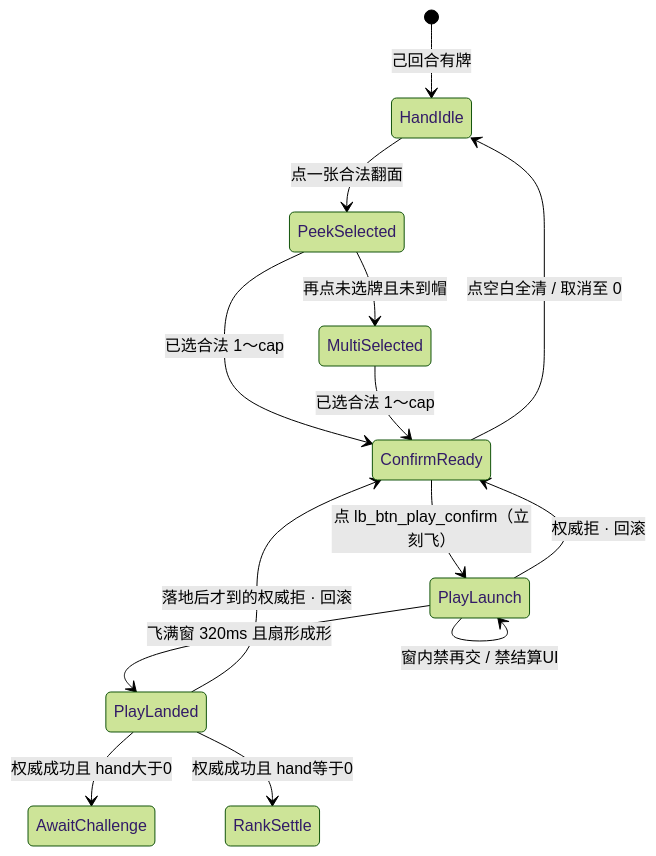
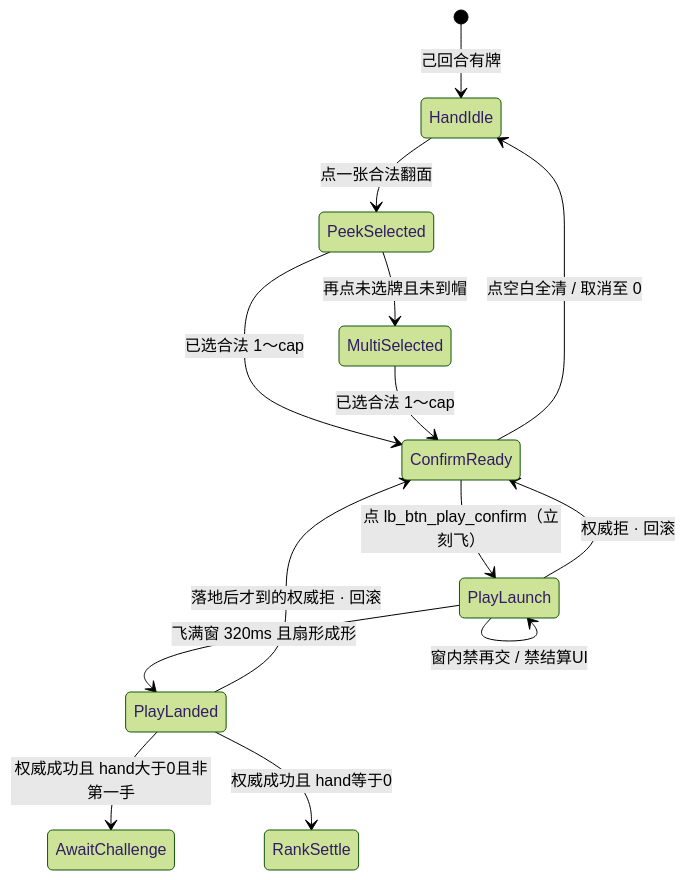
The diagram in docs/02-游戏设计/出牌扣牌-状态机.md (xubin0903/LiarBar), drawn with Mermaid (forest theme) before and after one commit. The commit also changed other lines of this file and 9 other files, not shown here.

First line of the commit message:
docs(design): 第2节质疑入口锁 + AwaitChallenge 状态机

````diff
--- a/docs/02-游戏设计/出牌扣牌-状态机.md
+++ b/docs/02-游戏设计/出牌扣牌-状态机.md
@@ -99,16 +100,16 @@
 ```mermaid
 stateDiagram-v2
   [*] --> HandIdle: 己回合有牌
   HandIdle --> PeekSelected: 点一张合法翻面
   PeekSelected --> MultiSelected: 再点未选牌且未到帽
   PeekSelected --> ConfirmReady: 已选合法 1～cap
   MultiSelected --> ConfirmReady: 已选合法 1～cap
   ConfirmReady --> HandIdle: 点空白全清 / 取消至 0
   ConfirmReady --> PlayLaunch: 点 lb_btn_play_confirm（立刻飞）
   PlayLaunch --> PlayLanded: 飞满窗 320ms 且扇形成形
-  PlayLanded --> AwaitChallenge: 权威成功且 hand大于0
+  PlayLanded --> AwaitChallenge: 权威成功且 hand大于0且非第一手
   PlayLanded --> RankSettle: 权威成功且 hand等于0
   PlayLaunch --> ConfirmReady: 权威拒 · 回滚
   PlayLanded --> ConfirmReady: 落地后才到的权威拒 · 回滚
   PlayLaunch --> PlayLaunch: 窗内禁再交 / 禁结算UI
 ```
````
